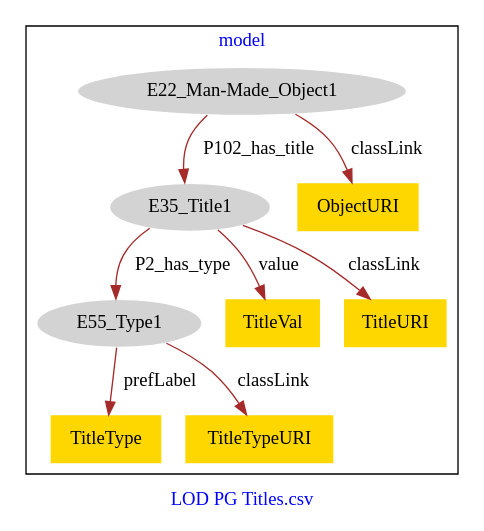
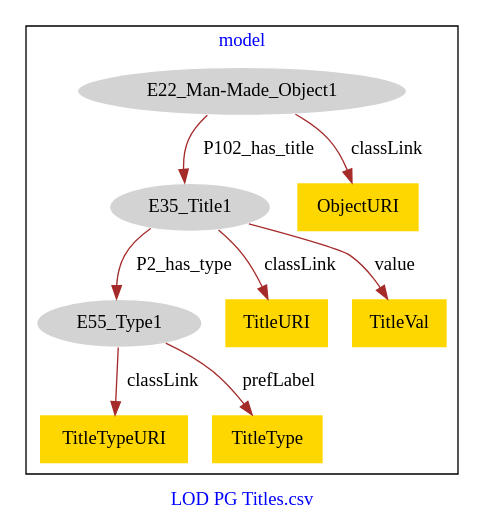
One commit to american-art/cbm changed the diagram in PG_Titles/PG_OtherTitles-model.dot. Above: the diagram before and after it, drawn with Graphviz.

Commit message:
Update file PG_OtherTitles-model.dot

```diff
--- a/PG_Titles/PG_OtherTitles-model.dot
+++ b/PG_Titles/PG_OtherTitles-model.dot
@@ -1,23 +1,23 @@
 digraph n0 {
 fontcolor="blue"
 remincross="true"
 label="LOD PG Titles.csv"
 subgraph cluster {
 label="model"
 n2[style="filled",color="white",fillcolor="lightgray",label="E22_Man-Made_Object1"];
 n3[style="filled",color="white",fillcolor="lightgray",label="E35_Title1"];
 n4[style="filled",color="white",fillcolor="lightgray",label="E55_Type1"];
-n5[shape="plaintext",style="filled",fillcolor="gold",label="ObjectURI"];
-n6[shape="plaintext",style="filled",fillcolor="gold",label="TitleType"];
+n5[shape="plaintext",style="filled",fillcolor="gold",label="TitleTypeURI"];
+n6[shape="plaintext",style="filled",fillcolor="gold",label="TitleURI"];
 n7[shape="plaintext",style="filled",fillcolor="gold",label="TitleVal"];
-n8[shape="plaintext",style="filled",fillcolor="gold",label="TitleTypeURI"];
-n9[shape="plaintext",style="filled",fillcolor="gold",label="TitleURI"];
+n8[shape="plaintext",style="filled",fillcolor="gold",label="ObjectURI"];
+n9[shape="plaintext",style="filled",fillcolor="gold",label="TitleType"];
 }
 n2 -> n3[color="brown",fontcolor="black",label="P102_has_title"]
 n3 -> n4[color="brown",fontcolor="black",label="P2_has_type"]
-n2 -> n5[color="brown",fontcolor="black",label="classLink"]
-n4 -> n6[color="brown",fontcolor="black",label="prefLabel"]
+n4 -> n5[color="brown",fontcolor="black",label="classLink"]
+n3 -> n6[color="brown",fontcolor="black",label="classLink"]
 n3 -> n7[color="brown",fontcolor="black",label="value"]
-n4 -> n8[color="brown",fontcolor="black",label="classLink"]
-n3 -> n9[color="brown",fontcolor="black",label="classLink"]
+n2 -> n8[color="brown",fontcolor="black",label="classLink"]
+n4 -> n9[color="brown",fontcolor="black",label="prefLabel"]
 }
```
